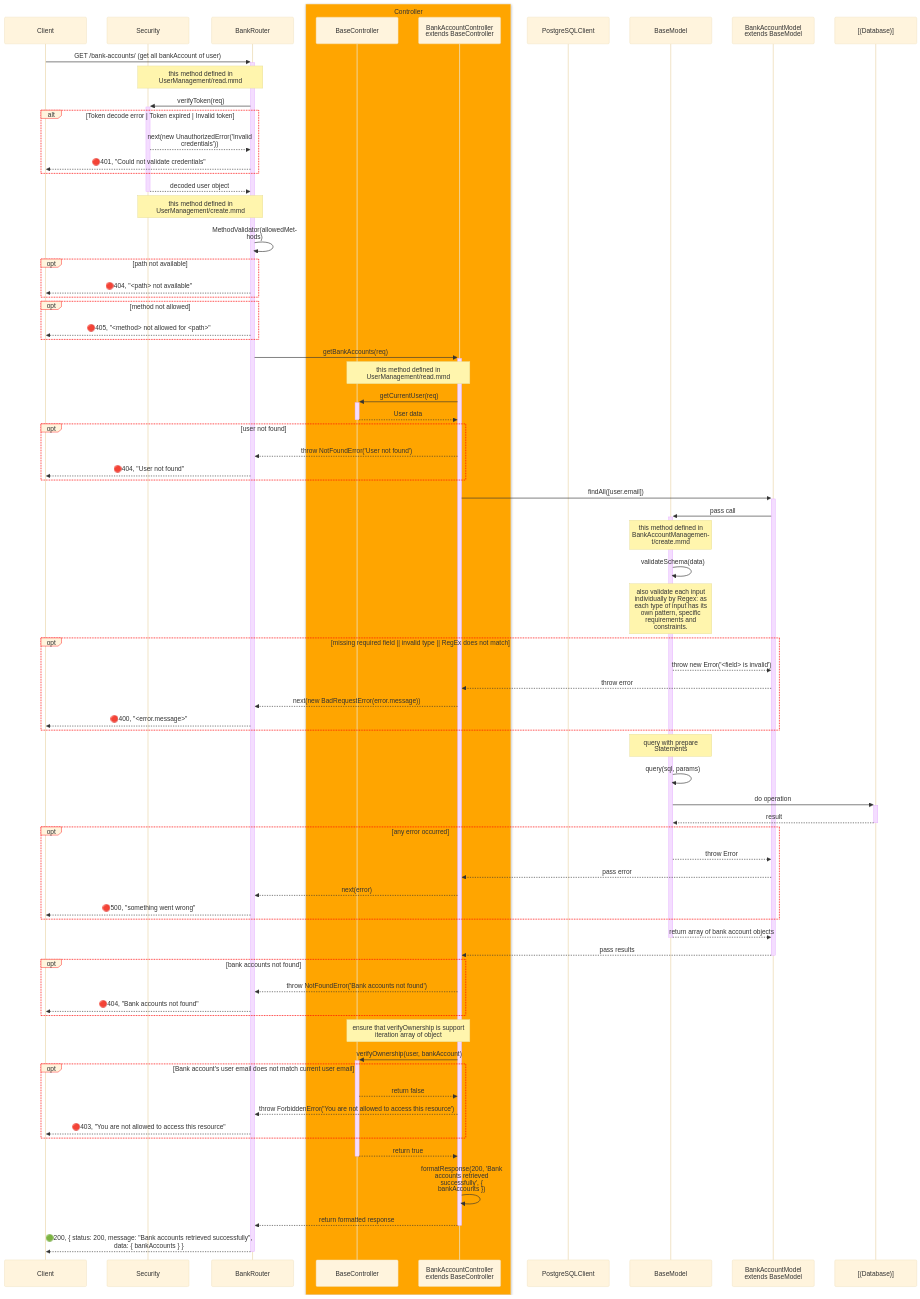
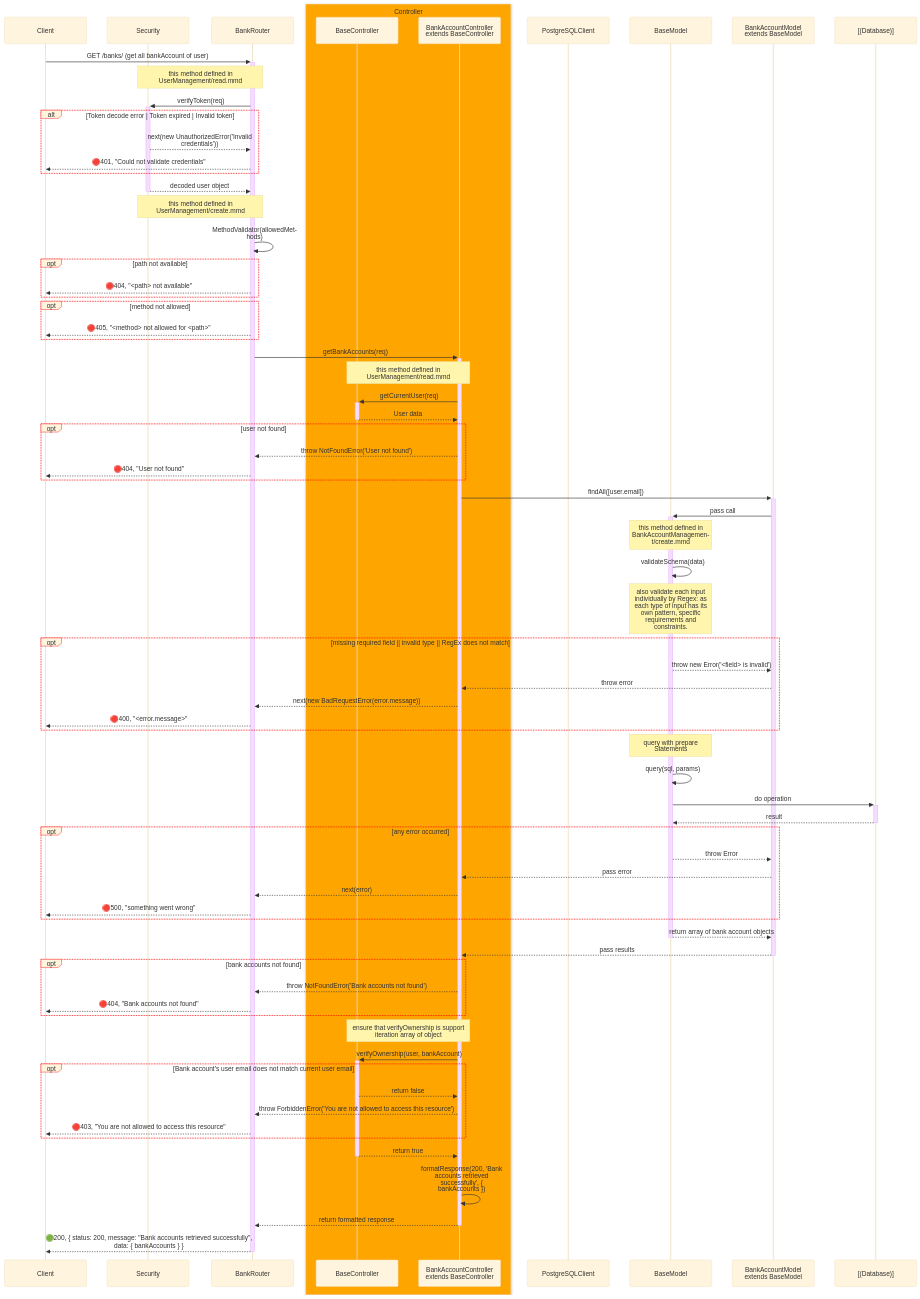
The diagram in design/newClassesDesign/BankAccountManagement/ReadAll.mmd (SawatKia/WealthTracking), drawn with Mermaid before and after one commit. The commit also changed 14 other files, not shown here.

Commit message:
update diagram consistency to specify the key

```diff
--- a/design/newClassesDesign/BankAccountManagement/ReadAll.mmd
+++ b/design/newClassesDesign/BankAccountManagement/ReadAll.mmd
@@ -1,93 +1,93 @@
 %%{
     init: {
         "theme":"base",
         "themeVariables": {
             'labelBoxBorderColor': '#ff0000'
         },
         "sequence": { 
             "wrap": true, 
             "width": 200 
         } 
     }
 }%%
 sequenceDiagram
     participant Client
     participant Sec as Security
     participant Router as BankRouter
     box orange Controller
         participant BaseCont as BaseController
         participant Cont as BankAccountController extends BaseController
     end
     participant PGClient as PostgreSQLClient
     participant BaseModel as BaseModel 
     participant Model as BankAccountModel extends BaseModel
     participant DB as [(Database)]
 
-    Client->>+Router: GET /bank-accounts/ (get all bankAccount of user)
+    Client->>+Router: GET /banks/ (get all bankAccount of user)
     Note over Sec, Router: this method defined in UserManagement/read.mmd
     Router->>+Sec: verifyToken(req)
     alt Token decode error | Token expired | Invalid token
         Sec-->>Router: next(new UnauthorizedError('Invalid credentials'))
         Router-->>Client: 🔴401, "Could not validate credentials"
     end
     Sec-->>-Router: decoded user object 
 
     Note over Sec, Router: this method defined in UserManagement/create.mmd
     Router->>Router: MethodValidator(allowedMethods)
     opt path not available
         Router-->>Client: 🔴404, "<path> not available"
     end
     opt method not allowed
         Router-->>Client: 🔴405, "<method> not allowed for <path>"
     end
     Router->>+Cont: getBankAccounts(req)
     Note over Cont, BaseCont: this method defined in UserManagement/read.mmd
     Cont->>+BaseCont: getCurrentUser(req)
     BaseCont-->>-Cont: User data
 
     opt user not found
         Cont-->>Router: throw NotFoundError('User not found')
         Router-->>Client: 🔴404, "User not found"
     end
 
     Cont->>+Model: findAll([user.email])
     Model->>+BaseModel: pass call
     Note over BaseModel: this method defined in BankAccountManagement/create.mmd
     BaseModel->>BaseModel: validateSchema(data) 
     Note over BaseModel: also validate each input individually by Regex: as each type of input has its own pattern, specific requirements and constraints.
     opt missing required field || invalid type || RegEx does not match
         BaseModel-->>Model: throw new Error('<field> is invalid')
         Model-->>Cont: throw error
         Cont-->>Router: next(new BadRequestError(error.message))
         Router-->>Client: 🔴400, "<error.message>"
     end
     Note over BaseModel: query with prepare Statements
     BaseModel->>BaseModel: query(sql, params)
     BaseModel->>+DB: do operation
     DB-->>-BaseModel: result
     opt any error occurred
         BaseModel-->>Model: throw Error
         Model-->>Cont: pass error
         Cont-->>Router: next(error)
         Router-->>Client: 🔴500, "something went wrong"
     end
     BaseModel-->>-Model: return array of bank account objects
     Model-->>-Cont: pass results
 
     opt bank accounts not found
         Cont-->>Router: throw NotFoundError('Bank accounts not found')
         Router-->>Client: 🔴404, "Bank accounts not found"
     end
 
     Note over Cont, BaseCont: ensure that verifyOwnership is support iteration array of object
     Cont->>+BaseCont: verifyOwnership(user, bankAccount)
     opt Bank account's user email does not match current user email
         BaseCont-->>Cont: return false
         Cont-->>Router: throw ForbiddenError('You are not allowed to access this resource')
         Router-->>Client: 🔴403, "You are not allowed to access this resource"
     end
     BaseCont-->>-Cont: return true
 
     Cont->>Cont: formatResponse(200, 'Bank accounts retrieved successfully', { bankAccounts })
     Cont-->>-Router: return formatted response
     Router-->>-Client: 🟢200, { status: 200, message: "Bank accounts retrieved successfully", data: { bankAccounts } }
```
